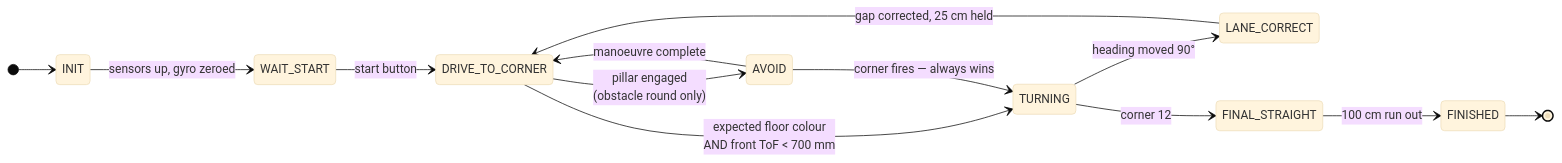
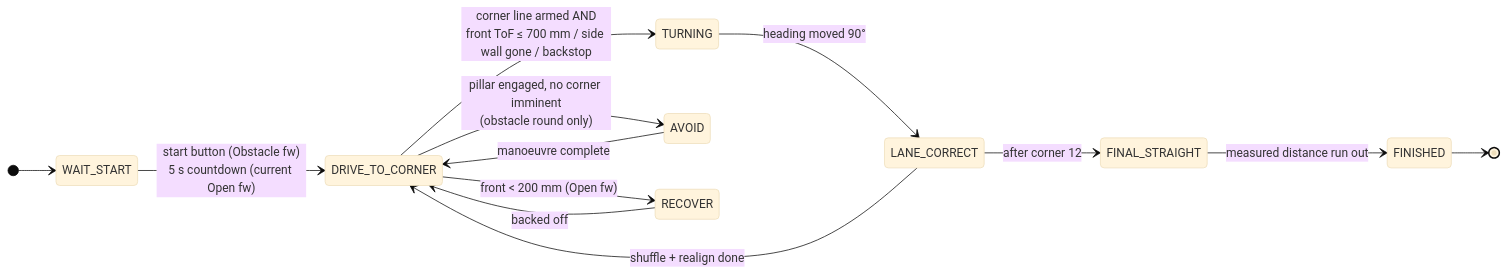
Before and after one commit to ShammanRahin/WRO_TeamBluePrint: the first of 2 diagrams in docs/control_architecture.md, drawn with Mermaid (base theme). The commit also changed other lines of this file and 31 other files, not shown here.

````diff
--- a/docs/control_architecture.md
+++ b/docs/control_architecture.md
@@ -64,16 +64,16 @@
 ```mermaid
 stateDiagram-v2
     direction LR
-    [*] --> INIT
-    INIT --> WAIT_START : sensors up, gyro zeroed
-    WAIT_START --> DRIVE_TO_CORNER : start button
-    DRIVE_TO_CORNER --> TURNING : expected floor colour<br/>AND front ToF < 700 mm
-    DRIVE_TO_CORNER --> AVOID : pillar engaged<br/>(obstacle round only)
+    [*] --> WAIT_START
+    WAIT_START --> DRIVE_TO_CORNER : start button (Obstacle fw)<br/>5 s countdown (current Open fw)
+    DRIVE_TO_CORNER --> TURNING : corner line armed AND<br/>front ToF ≤ 700 mm / side wall gone / backstop
+    DRIVE_TO_CORNER --> AVOID : pillar engaged, no corner imminent<br/>(obstacle round only)
     AVOID --> DRIVE_TO_CORNER : manoeuvre complete
-    AVOID --> TURNING : corner fires — always wins
     TURNING --> LANE_CORRECT : heading moved 90°
-    LANE_CORRECT --> DRIVE_TO_CORNER : gap corrected, 25 cm held
-    TURNING --> FINAL_STRAIGHT : corner 12
-    FINAL_STRAIGHT --> FINISHED : 100 cm run out
+    LANE_CORRECT --> DRIVE_TO_CORNER : shuffle + realign done
+    LANE_CORRECT --> FINAL_STRAIGHT : after corner 12
+    FINAL_STRAIGHT --> FINISHED : measured distance run out
+    DRIVE_TO_CORNER --> RECOVER : front < 200 mm (Open fw)
+    RECOVER --> DRIVE_TO_CORNER : backed off
     FINISHED --> [*]
 ```
````
